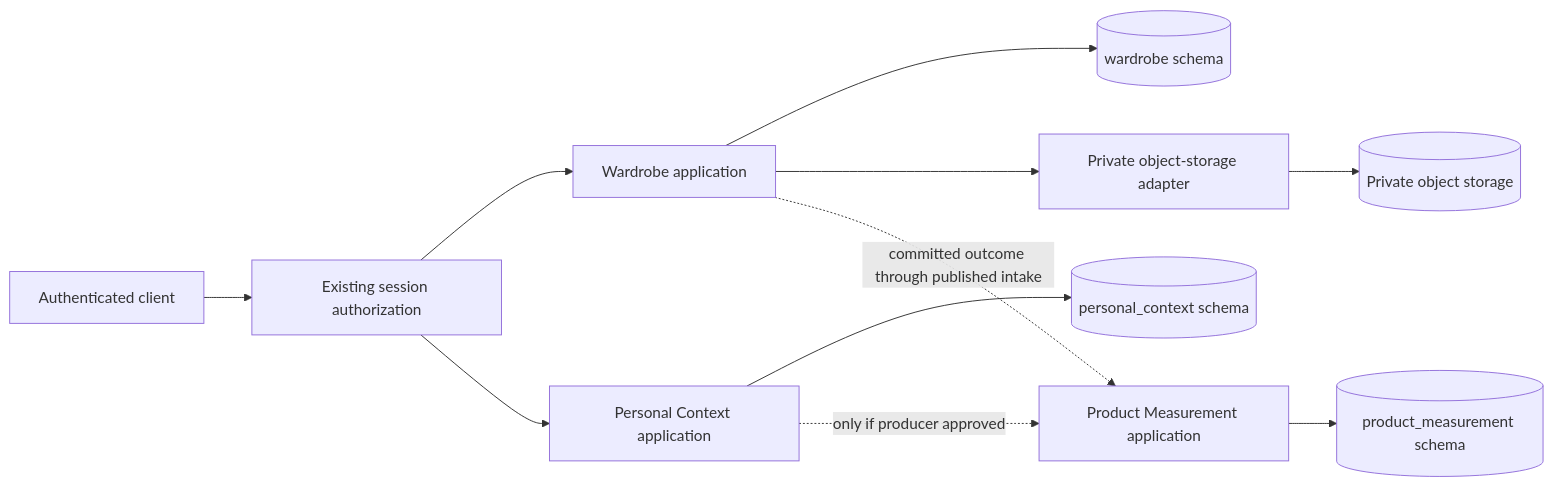
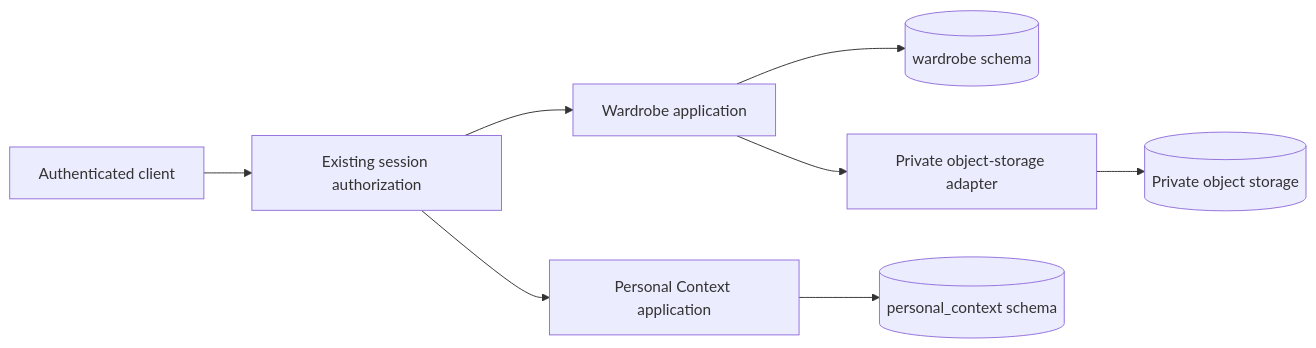
The second of 3 diagrams in docs/06-scrum/sprints/sprint-03/sprint-plan.md (luubinhdeptrai/CapsuleAI), drawn with Mermaid before and after one commit. The commit also changed other lines of this file, not shown here.

````diff
--- a/docs/06-scrum/sprints/sprint-03/sprint-plan.md
+++ b/docs/06-scrum/sprints/sprint-03/sprint-plan.md
@@ -239,13 +216,10 @@
 ```mermaid
 flowchart LR
     C["Authenticated client"] --> S["Existing session authorization"]
     S --> W["Wardrobe application"]
     S --> P["Personal Context application"]
     W --> WD[("wardrobe schema")]
     P --> PD[("personal_context schema")]
     W --> O["Private object-storage adapter"]
     O --> B[("Private object storage")]
-    W -. "committed outcome through published intake" .-> M["Product Measurement application"]
-    P -. "only if producer approved" .-> M
-    M --> MD[("product_measurement schema")]
 ```
````
